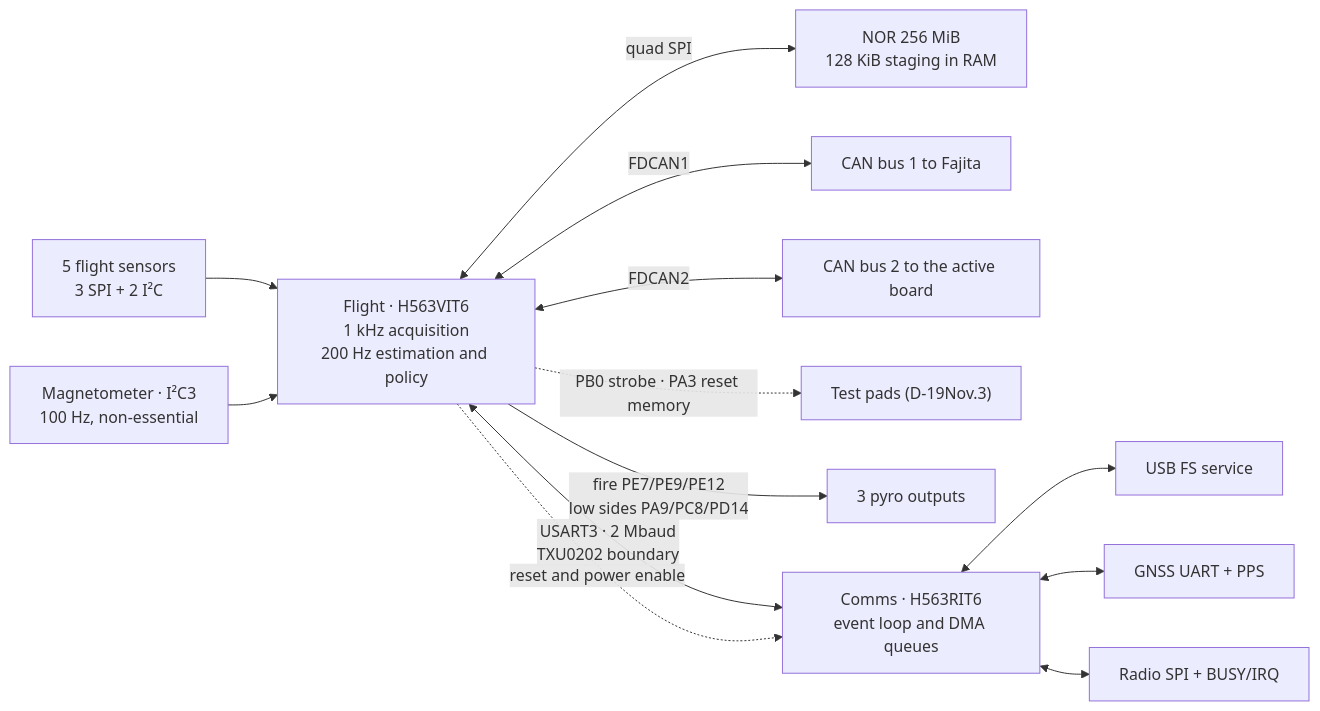
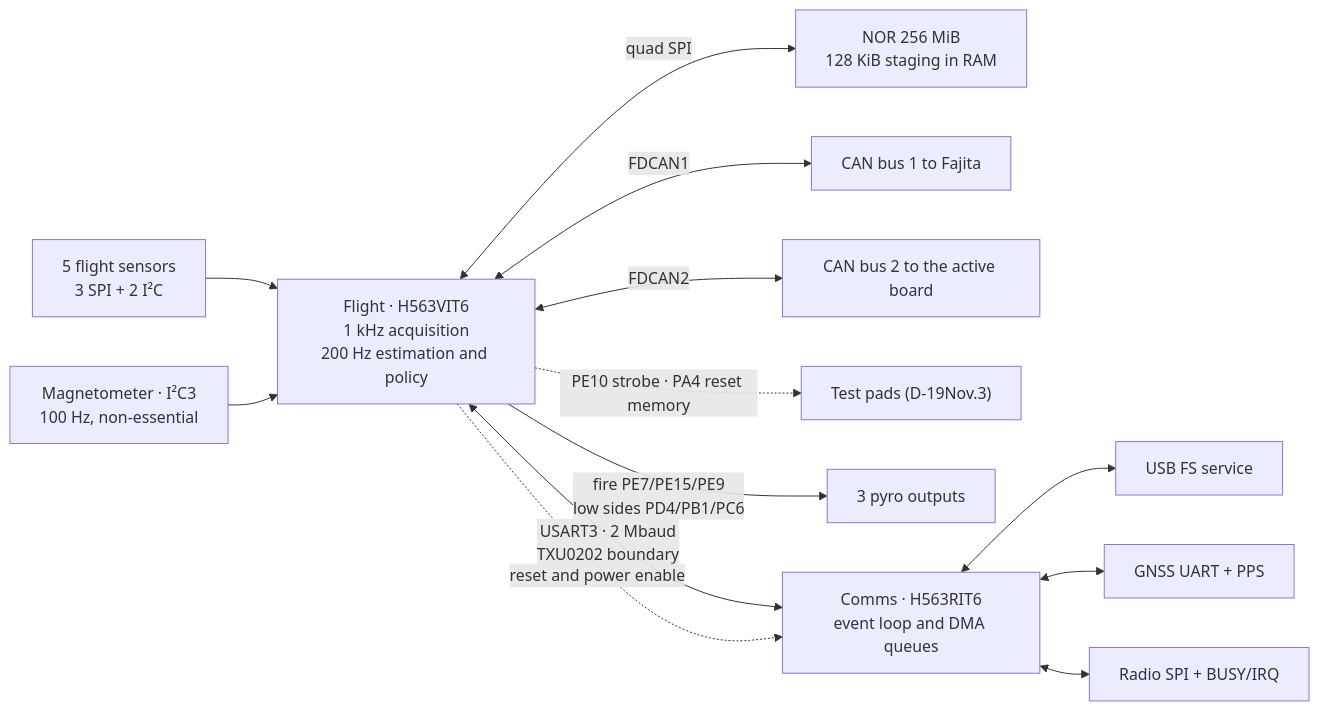
Before and after one commit to ULAS-HiPR/Ogma2: the diagram in docs/architecture/01-mcus.md, drawn with Mermaid. The commit also changed other lines of this file and 44 other files, not shown here.

````diff
--- a/docs/architecture/01-mcus.md
+++ b/docs/architecture/01-mcus.md
@@ -11,23 +11,23 @@
 ```mermaid
 flowchart LR
   S["5 flight sensors
 3 SPI + 2 I²C"] --> F["Flight · H563VIT6
 1 kHz acquisition
 200 Hz estimation and policy"]
   M["Magnetometer · I²C3
 100 Hz, non-essential"] --> F
   F <-->|"quad SPI"| N["NOR 256 MiB
 128 KiB staging in RAM"]
   F <-->|"FDCAN1"| V["CAN bus 1 to Fajita"]
   F <-->|"FDCAN2"| V2["CAN bus 2 to the active board"]
-  F -.->|"PB0 strobe · PA3 reset memory"| P["Test pads (D-19Nov.3)"]
-  F -->|"fire PE7/PE9/PE12
-low sides PA9/PC8/PD14"| O["3 pyro outputs"]
+  F -.->|"PE10 strobe · PA4 reset memory"| P["Test pads (D-19Nov.3)"]
+  F -->|"fire PE7/PE15/PE9
+low sides PD4/PB1/PC6"| O["3 pyro outputs"]
   F <-->|"USART3 · 2 Mbaud
 TXU0202 boundary"| C["Comms · H563RIT6
 event loop and DMA queues"]
   C <--> U["USB FS service"]
   C <--> G["GNSS UART + PPS"]
   C <--> R["Radio SPI + BUSY/IRQ"]
   F -.->|"reset and power enable"| C
 ```
````
